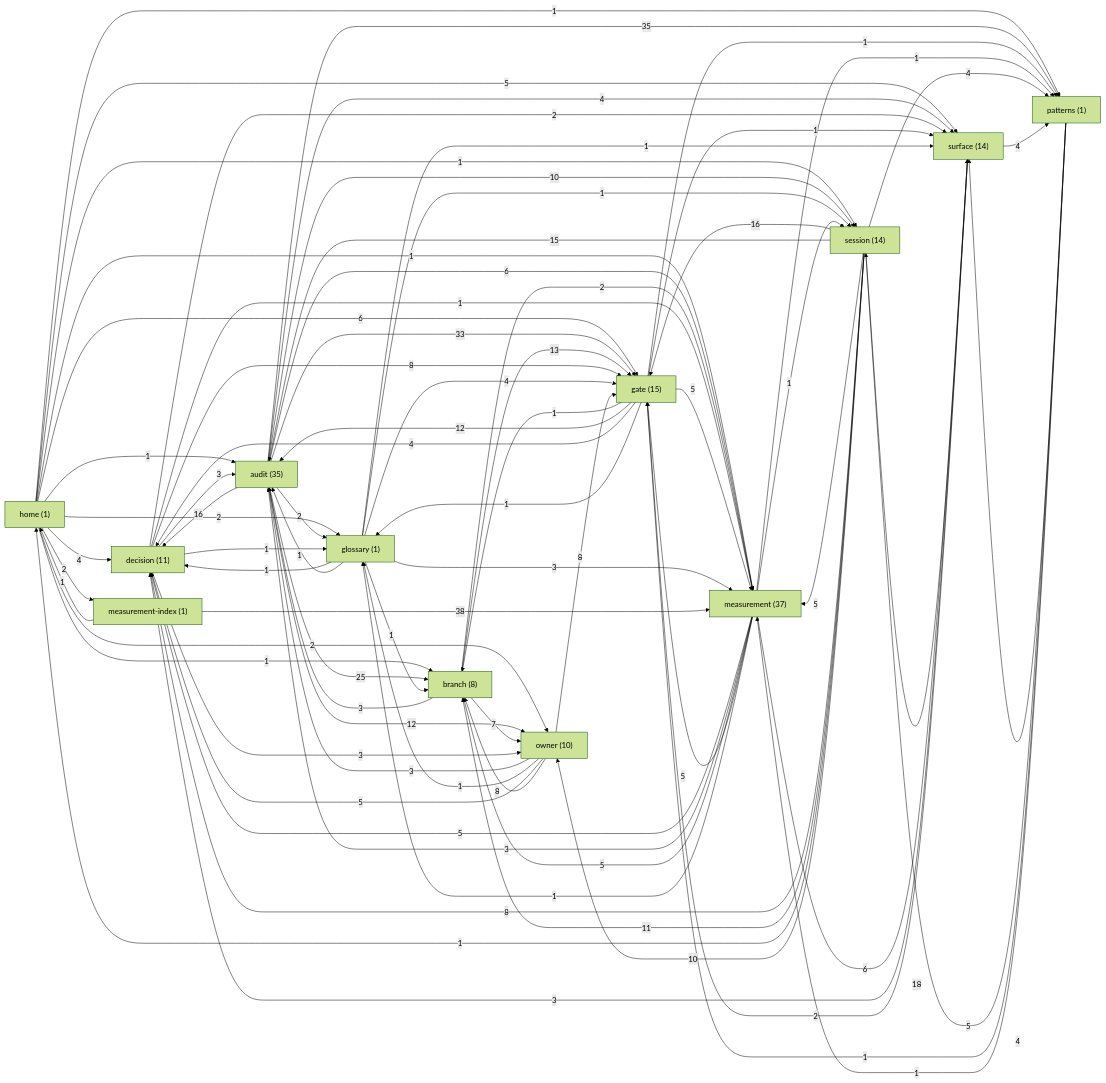
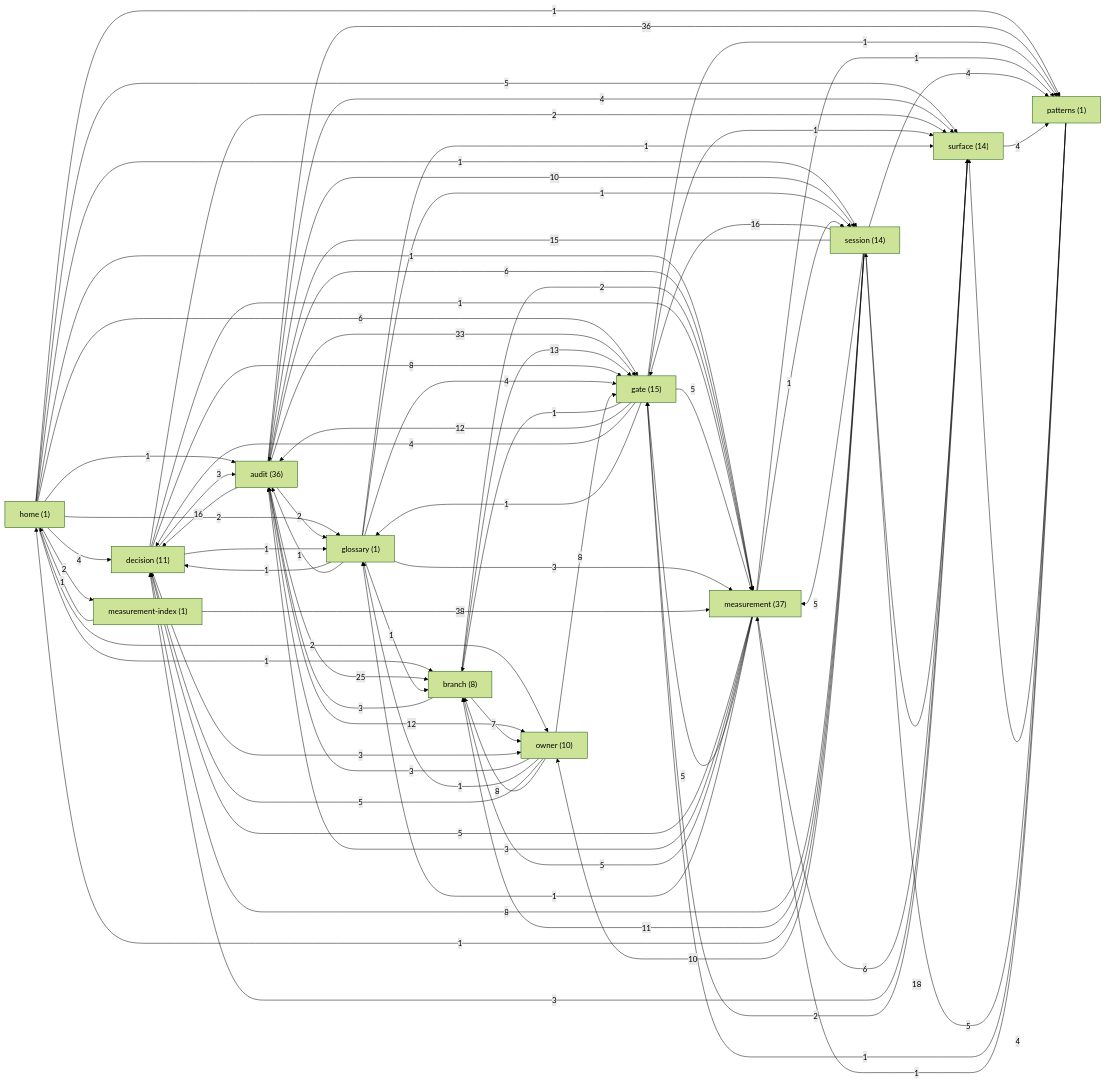
Before and after one commit to sergey9519546/STORYMACHINE: the diagram in docs/brain/GRAPH.md, drawn with Mermaid (forest theme). The commit also changed other lines of this file and 3 other files, not shown here.

````diff
--- a/docs/brain/GRAPH.md
+++ b/docs/brain/GRAPH.md
@@ -9,7 +9,7 @@
 ```mermaid
 graph LR
   home["home (1)"]
-  audit["audit (35)"]
+  audit["audit (36)"]
   branch["branch (8)"]
   decision["decision (11)"]
   gate["gate (15)"]
@@ -36,7 +36,7 @@
   audit -->|25| branch
   audit -->|33| gate
   audit -->|16| decision
-  audit -->|35| patterns
+  audit -->|36| patterns
   audit -->|12| owner
   audit -->|4| surface
   audit -->|6| measurement
````
